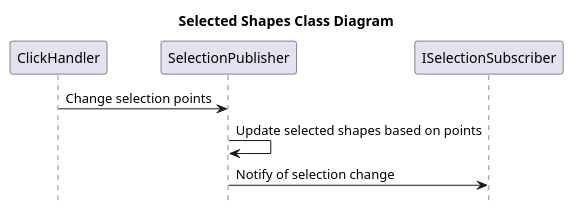
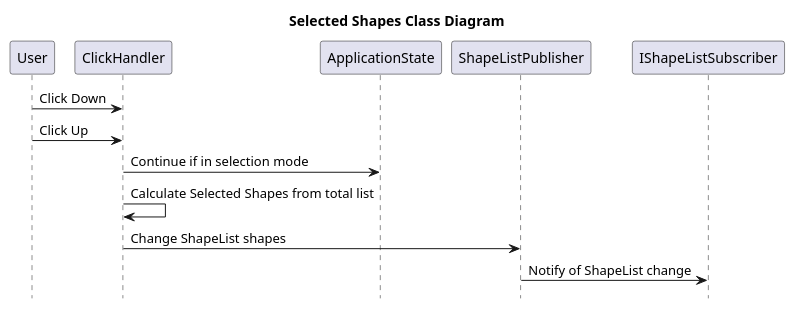
The diagram in documentation/shape list observer sequence diagram.plantuml (johnsmillie-portfolio/SE450-JPaint), drawn with PlantUML before and after one commit. The commit also changed 1 other file, not shown here.

Commit message:
fixup Documentation for shape list observer updated

```diff
--- a/documentation/shape list observer sequence diagram.plantuml
+++ b/documentation/shape list observer sequence diagram.plantuml
@@ -1,9 +1,12 @@
-@startuml selection observer sequence diagram
+@startuml Shape List Observer sequence diagram
 title Selected Shapes Class Diagram
 hide footbox
 
-ClickHandler -> SelectionPublisher: Change selection points
-SelectionPublisher -> SelectionPublisher: Update selected shapes based on points
-SelectionPublisher -> ISelectionSubscriber: Notify of selection change
+User -> ClickHandler : Click Down
+User -> ClickHandler : Click Up
+ClickHandler -> ApplicationState : Continue if in selection mode
+ClickHandler -> ClickHandler: Calculate Selected Shapes from total list
+ClickHandler -> ShapeListPublisher: Change ShapeList shapes 
+ShapeListPublisher -> IShapeListSubscriber: Notify of ShapeList change
 
 @enduml
```
